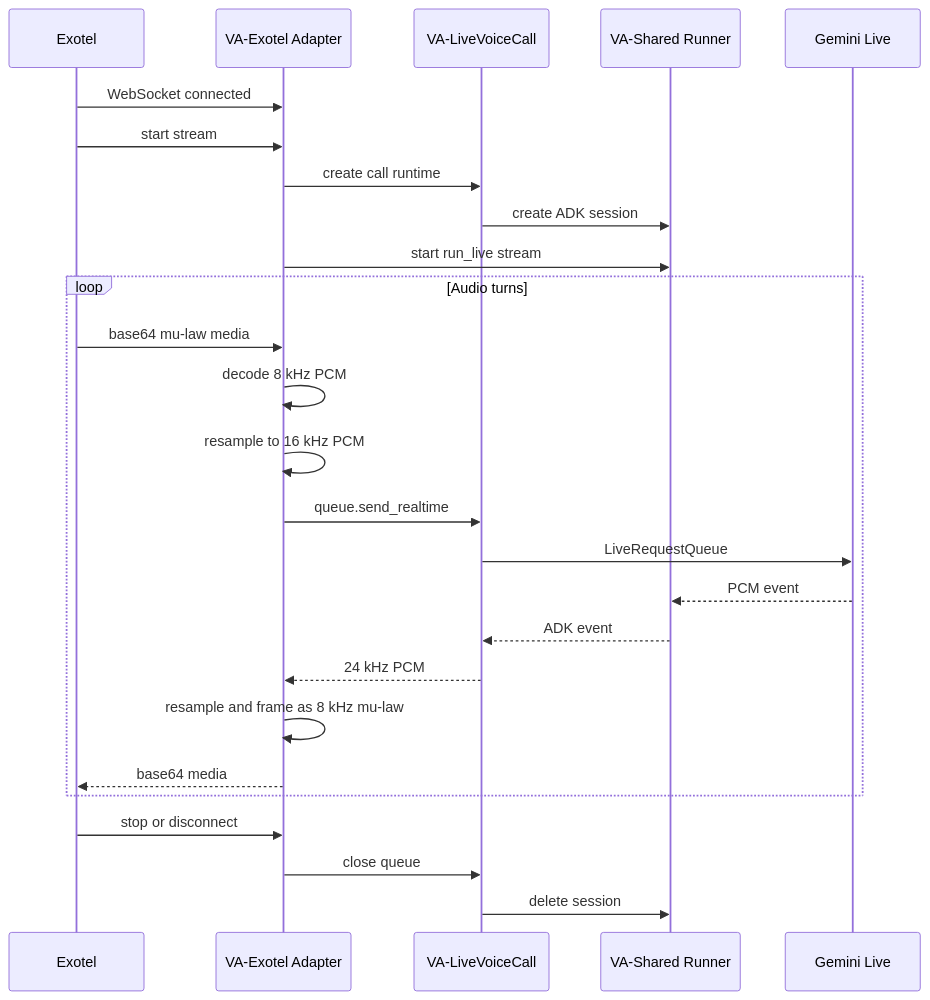
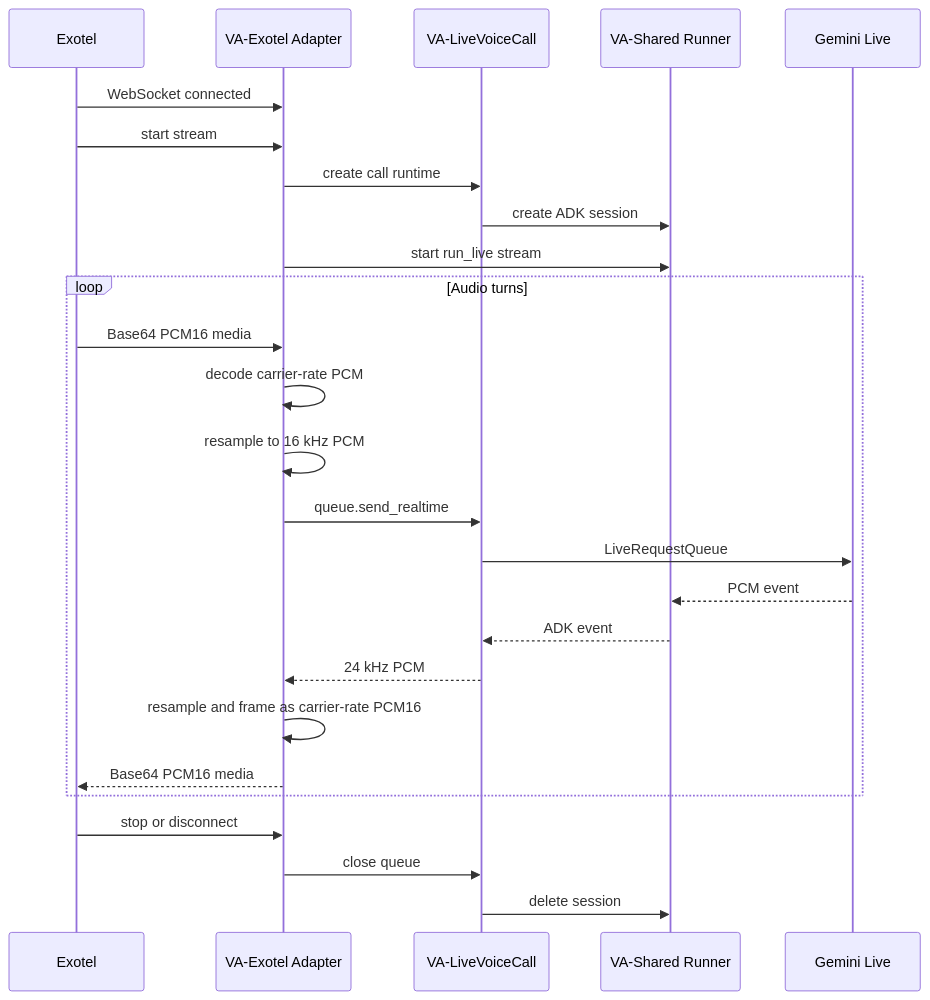
Before and after one commit to mriduljain/voice-agent: the second of 2 diagrams in service/voice-agent/docs/PROGRAMMER_GUIDE.md, drawn with Mermaid. The commit also changed other lines of this file and 6 other files, not shown here.

````diff
--- a/service/voice-agent/docs/PROGRAMMER_GUIDE.md
+++ b/service/voice-agent/docs/PROGRAMMER_GUIDE.md
@@ -72,29 +72,29 @@
 ```mermaid
 sequenceDiagram
     participant EX as Exotel
     participant VAEX as VA-Exotel Adapter
     participant VAC as VA-LiveVoiceCall
     participant ADK as VA-Shared Runner
     participant GEM as Gemini Live
 
     EX->>VAEX: WebSocket connected
     EX->>VAEX: start stream
     VAEX->>VAC: create call runtime
     VAC->>ADK: create ADK session
     VAEX->>ADK: start run_live stream
     loop Audio turns
-        EX->>VAEX: base64 mu-law media
-        VAEX->>VAEX: decode 8 kHz PCM
+        EX->>VAEX: Base64 PCM16 media
+        VAEX->>VAEX: decode carrier-rate PCM
         VAEX->>VAEX: resample to 16 kHz PCM
         VAEX->>VAC: queue.send_realtime
         VAC->>GEM: LiveRequestQueue
         GEM-->>ADK: PCM event
         ADK-->>VAC: ADK event
         VAC-->>VAEX: 24 kHz PCM
-        VAEX->>VAEX: resample and frame as 8 kHz mu-law
-        VAEX-->>EX: base64 media
+        VAEX->>VAEX: resample and frame as carrier-rate PCM16
+        VAEX-->>EX: Base64 PCM16 media
     end
     EX->>VAEX: stop or disconnect
     VAEX->>VAC: close queue
     VAC->>ADK: delete session
 ```
````
